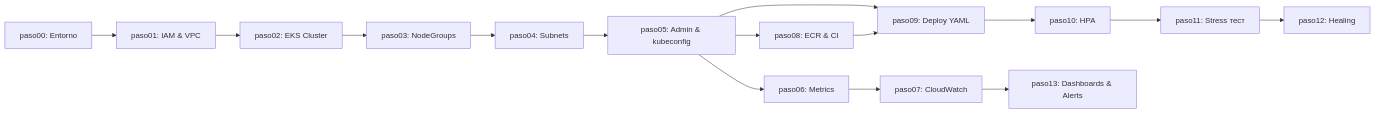
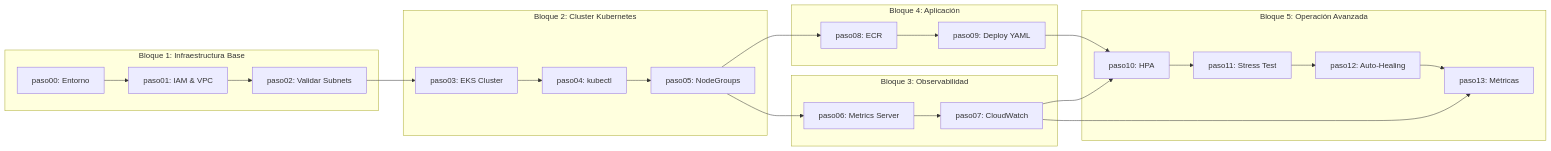
Before and after one commit to mauriciovelasquezduoc/ISY1101-003V_EP03: the first of 15 diagrams in guia-01/README.md, drawn with Mermaid. The commit also changed other lines of this file and 137 other files, not shown here.

````diff
--- a/guia-01/README.md
+++ b/guia-01/README.md
@@ -51,17 +73,28 @@
 ```mermaid
 flowchart LR
-  A[paso00: Entorno] --> B[paso01: IAM & VPC]
-  B --> C[paso02: EKS Cluster]
-  C --> D[paso03: NodeGroups]
-  D --> E[paso04: Subnets]
-  E --> F[paso05: Admin & kubeconfig]
-  F --> G[paso08: ECR & CI]
-  F --> H[paso09: Deploy YAML]
-  H --> I[paso10: HPA]
-  I --> J[paso11: Stress тест]
-  J --> K[paso12: Healing]
-  G --> H
-  F --> L[paso06: Metrics]
-  L --> M[paso07: CloudWatch]
-  M --> N[paso13: Dashboards & Alerts]
+  subgraph B1[Bloque 1: Infraestructura Base]
+    A[paso00: Entorno] --> B[paso01: IAM & VPC]
+    B --> C[paso02: Validar Subnets]
+  end
+  subgraph B2[Bloque 2: Cluster Kubernetes]
+    C --> D[paso03: EKS Cluster]
+    D --> E[paso04: kubectl]
+    E --> F[paso05: NodeGroups]
+  end
+  subgraph B3[Bloque 3: Observabilidad]
+    F --> G[paso06: Metrics Server]
+    G --> H[paso07: CloudWatch]
+  end
+  subgraph B4[Bloque 4: Aplicación]
+    F --> I[paso08: ECR]
+    I --> J[paso09: Deploy YAML]
+  end
+  subgraph B5[Bloque 5: Operación Avanzada]
+    J --> K[paso10: HPA]
+    H --> K
+    K --> L[paso11: Stress Test]
+    L --> M[paso12: Auto-Healing]
+    M --> N[paso13: Métricas]
+    H --> N
+  end
 ```
````
